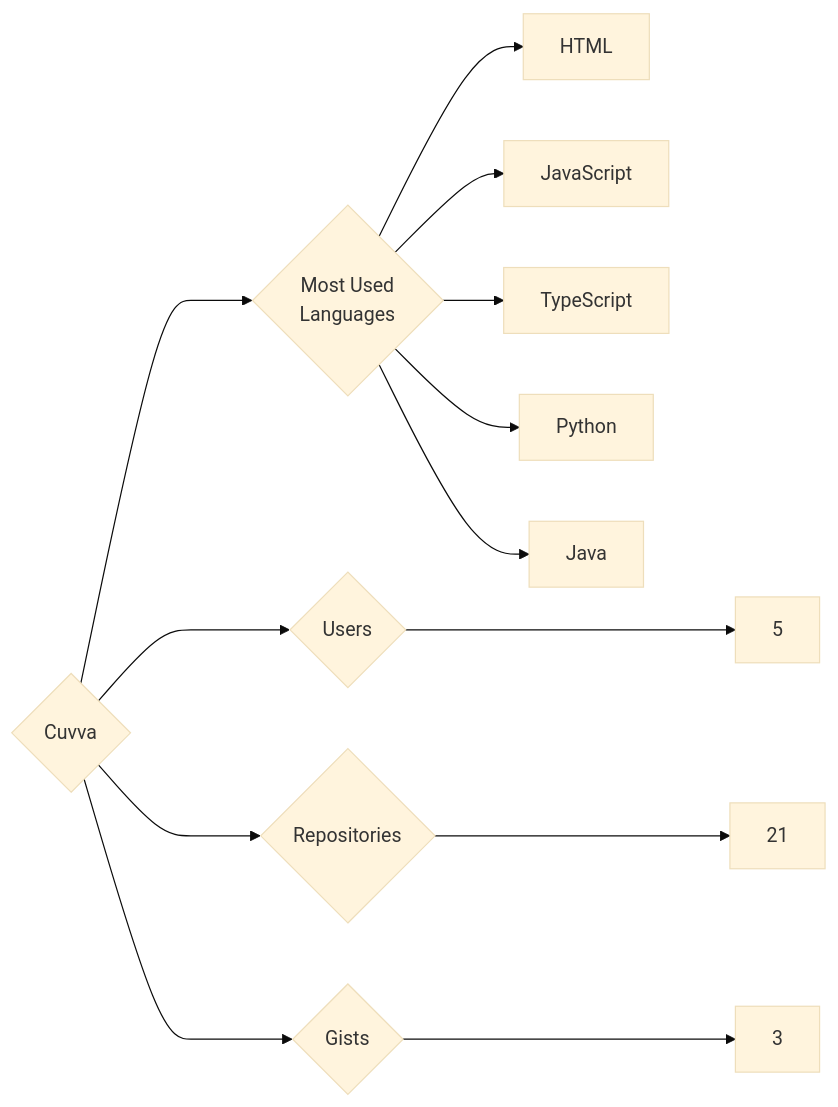
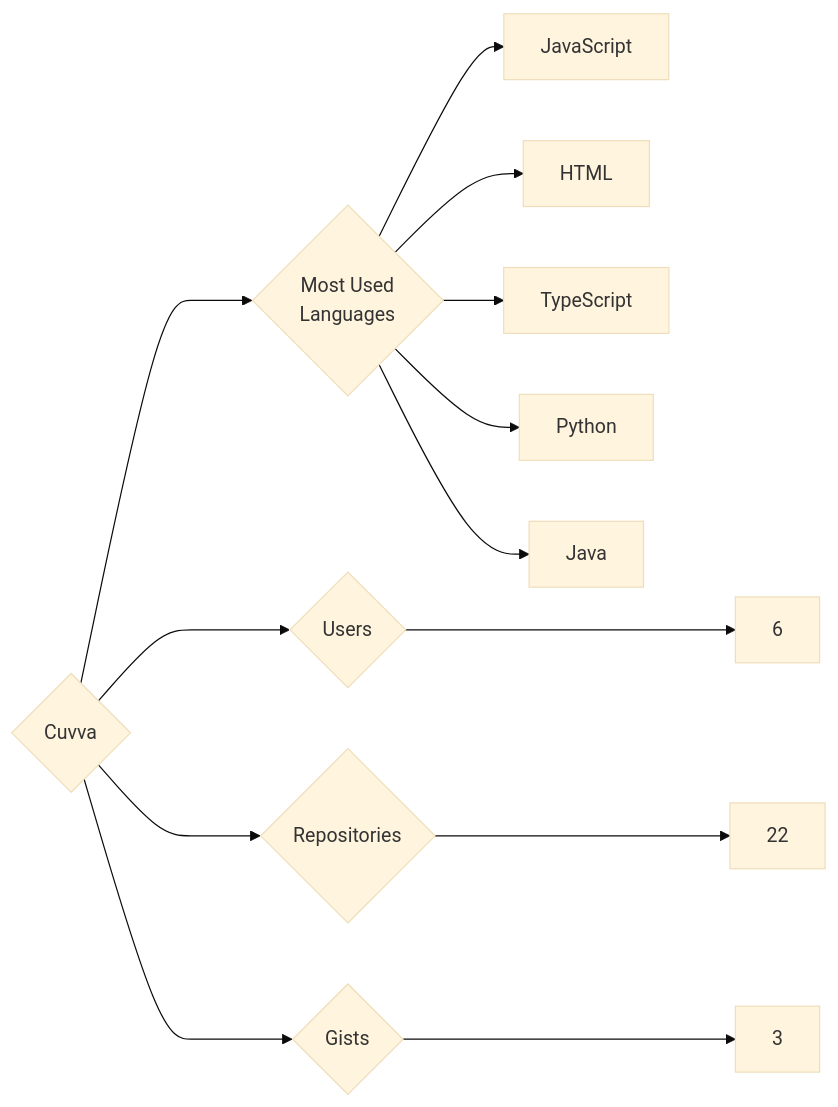
Before and after one commit to trickest/insiders: the diagram in targets/Cuvva/README.md, drawn with Mermaid (base theme). The commit also changed 1149 other files, not shown here.

````diff
--- a/targets/Cuvva/README.md
+++ b/targets/Cuvva/README.md
@@ -3,13 +3,13 @@
 ```mermaid
 graph LR
 COMPANY_NAME{Cuvva}
-COMPANY_NAME ---> U{Users} ---> UN[5]
-COMPANY_NAME ---> R{Repositories} ---> RN[21]
+COMPANY_NAME ---> U{Users} ---> UN[6]
+COMPANY_NAME ---> R{Repositories} ---> RN[22]
 COMPANY_NAME ---> G{Gists} ---> GN[3]
 COMPANY_NAME ---> ML{Most Used<br>Languages}
+ML --> JavaScript[JavaScript]
 ML --> HTML[HTML]
-ML --> JavaScript[JavaScript]
 ML --> TypeScript[TypeScript]
 ML --> Python[Python]
 ML --> Java[Java]
 ```
````
